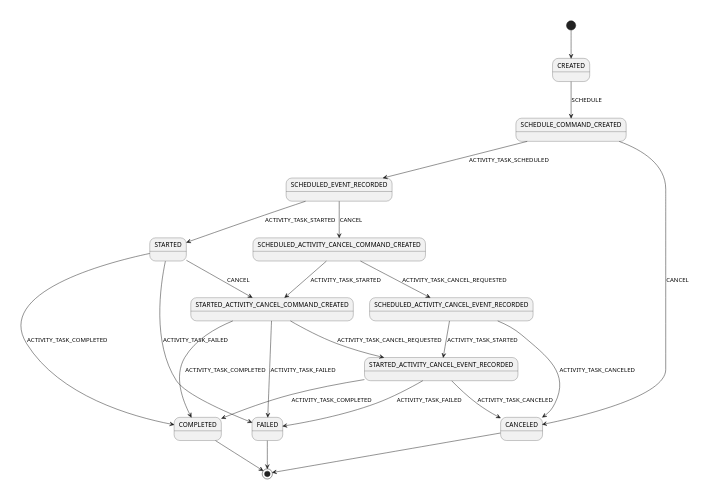
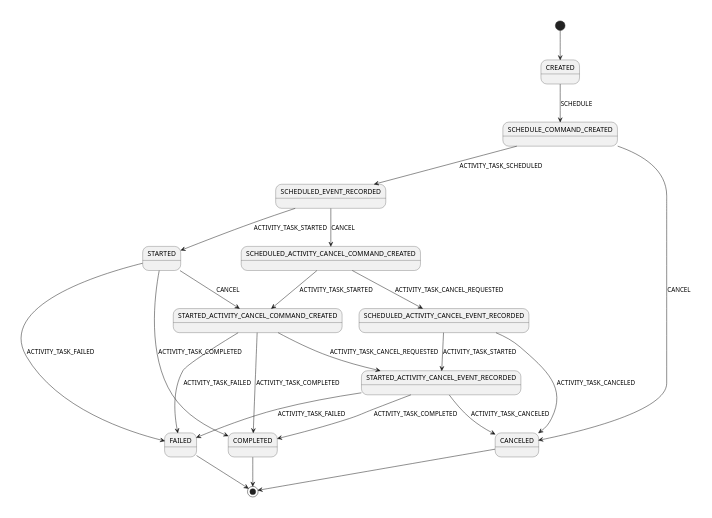
One commit to mfateev/temporal-java-sdk changed the diagram in src/main/java/io/temporal/internal/csm/ActivityCommands.puml. Above: the diagram before and after it, drawn with PlantUML. The commit also changed other lines of this file and 3 other files, not shown here.

Commit message:
Added automatic diagram generation

```diff
--- a/src/main/java/io/temporal/internal/csm/ActivityCommands.puml
+++ b/src/main/java/io/temporal/internal/csm/ActivityCommands.puml
@@ -1,25 +21,25 @@
 @startuml
 scale 350 width
 [*] --> CREATED
-SCHEDULED_ACTIVITY_CANCEL_COMMAND_CREATED --> SCHEDULED_ACTIVITY_CANCEL_EVENT_RECORDED: ACTIVITY_TASK_CANCEL_REQUESTED
+SCHEDULED_ACTIVITY_CANCEL_EVENT_RECORDED --> CANCELED: ACTIVITY_TASK_CANCELED
+STARTED_ACTIVITY_CANCEL_COMMAND_CREATED --> STARTED_ACTIVITY_CANCEL_EVENT_RECORDED: ACTIVITY_TASK_CANCEL_REQUESTED
+STARTED_ACTIVITY_CANCEL_COMMAND_CREATED --> COMPLETED: ACTIVITY_TASK_COMPLETED
+STARTED_ACTIVITY_CANCEL_EVENT_RECORDED --> FAILED: ACTIVITY_TASK_FAILED
+SCHEDULED_EVENT_RECORDED --> STARTED: ACTIVITY_TASK_STARTED
+STARTED --> FAILED: ACTIVITY_TASK_FAILED
+STARTED --> STARTED_ACTIVITY_CANCEL_COMMAND_CREATED: CANCEL
+SCHEDULED_EVENT_RECORDED --> SCHEDULED_ACTIVITY_CANCEL_COMMAND_CREATED: CANCEL
+STARTED_ACTIVITY_CANCEL_COMMAND_CREATED --> FAILED: ACTIVITY_TASK_FAILED
+CREATED --> SCHEDULE_COMMAND_CREATED: SCHEDULE
 SCHEDULED_ACTIVITY_CANCEL_EVENT_RECORDED --> STARTED_ACTIVITY_CANCEL_EVENT_RECORDED: ACTIVITY_TASK_STARTED
 STARTED_ACTIVITY_CANCEL_EVENT_RECORDED --> CANCELED: ACTIVITY_TASK_CANCELED
+STARTED_ACTIVITY_CANCEL_EVENT_RECORDED --> COMPLETED: ACTIVITY_TASK_COMPLETED
+SCHEDULE_COMMAND_CREATED --> CANCELED: CANCEL
 SCHEDULE_COMMAND_CREATED --> SCHEDULED_EVENT_RECORDED: ACTIVITY_TASK_SCHEDULED
-SCHEDULED_EVENT_RECORDED --> SCHEDULED_ACTIVITY_CANCEL_COMMAND_CREATED: CANCEL
-STARTED_ACTIVITY_CANCEL_EVENT_RECORDED --> FAILED: ACTIVITY_TASK_FAILED
+STARTED --> COMPLETED: ACTIVITY_TASK_COMPLETED
+SCHEDULED_ACTIVITY_CANCEL_COMMAND_CREATED --> SCHEDULED_ACTIVITY_CANCEL_EVENT_RECORDED: ACTIVITY_TASK_CANCEL_REQUESTED
 SCHEDULED_ACTIVITY_CANCEL_COMMAND_CREATED --> STARTED_ACTIVITY_CANCEL_COMMAND_CREATED: ACTIVITY_TASK_STARTED
-SCHEDULE_COMMAND_CREATED --> CANCELED: CANCEL
-SCHEDULED_ACTIVITY_CANCEL_EVENT_RECORDED --> CANCELED: ACTIVITY_TASK_CANCELED
-STARTED_ACTIVITY_CANCEL_COMMAND_CREATED --> COMPLETED: ACTIVITY_TASK_COMPLETED
-STARTED_ACTIVITY_CANCEL_EVENT_RECORDED --> COMPLETED: ACTIVITY_TASK_COMPLETED
-SCHEDULED_EVENT_RECORDED --> STARTED: ACTIVITY_TASK_STARTED
-STARTED --> STARTED_ACTIVITY_CANCEL_COMMAND_CREATED: CANCEL
-CREATED --> SCHEDULE_COMMAND_CREATED: SCHEDULE
-STARTED --> COMPLETED: ACTIVITY_TASK_COMPLETED
-STARTED --> FAILED: ACTIVITY_TASK_FAILED
-STARTED_ACTIVITY_CANCEL_COMMAND_CREATED --> FAILED: ACTIVITY_TASK_FAILED
-STARTED_ACTIVITY_CANCEL_COMMAND_CREATED --> STARTED_ACTIVITY_CANCEL_EVENT_RECORDED: ACTIVITY_TASK_CANCEL_REQUESTED
 COMPLETED --> [*]
 FAILED --> [*]
 CANCELED --> [*]
 @enduml
```
